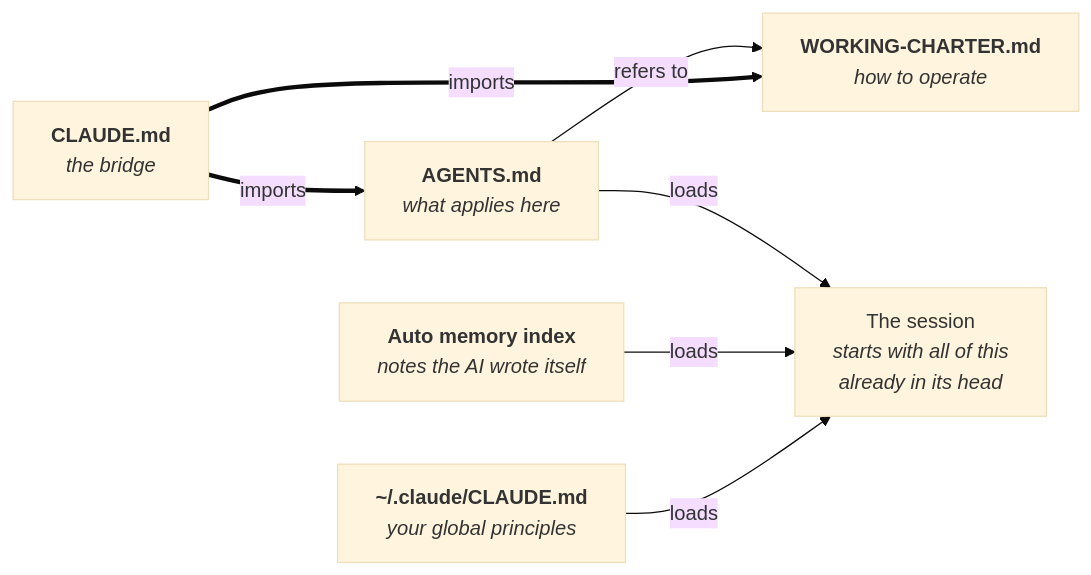
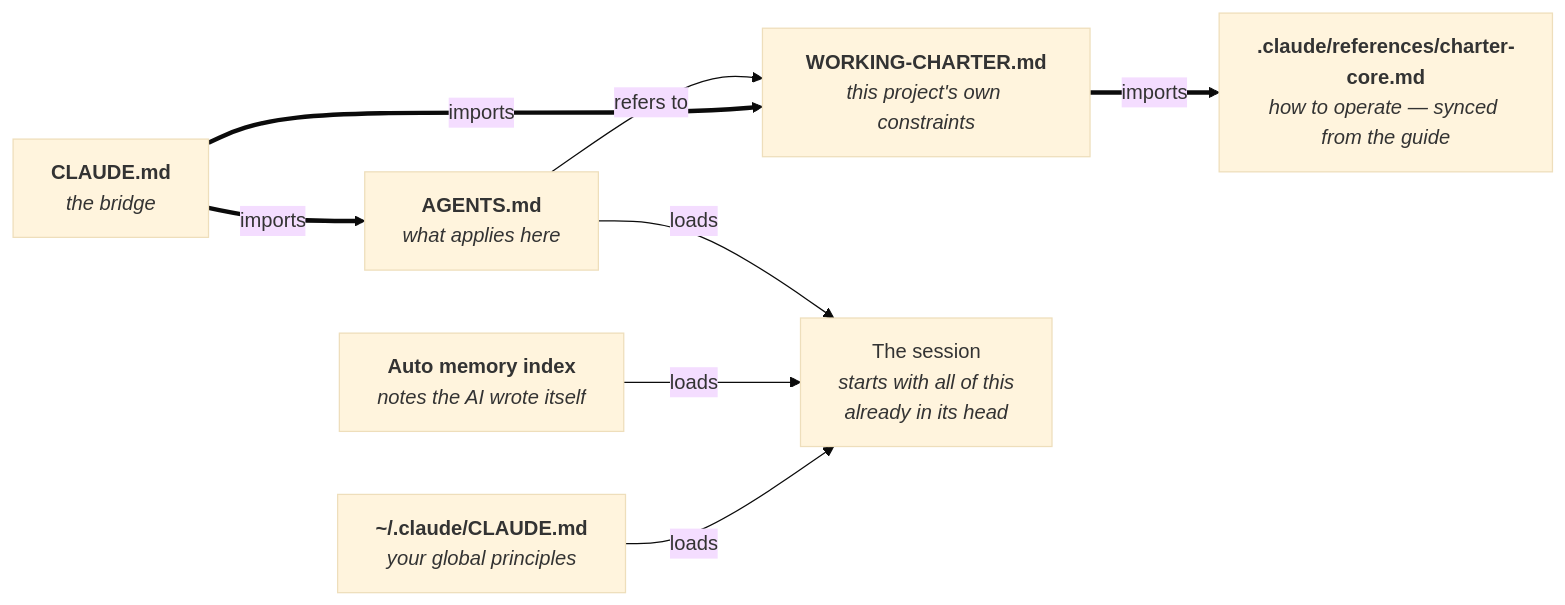
The second of 4 diagrams in SYSTEM-OVERVIEW.md (selawood-web/claude-code-generic-guide), drawn with Mermaid (base theme) before and after one commit. The commit also changed other lines of this file and 12 other files, not shown here.

````diff
--- a/SYSTEM-OVERVIEW.md
+++ b/SYSTEM-OVERVIEW.md
@@ -55,9 +60,10 @@
 ```mermaid
 flowchart LR
     CM["<b>CLAUDE.md</b><br/><i>the bridge</i>"] == "imports" ==> AG["<b>AGENTS.md</b><br/><i>what applies here</i>"]
-    CM == "imports" ==> WC["<b>WORKING-CHARTER.md</b><br/><i>how to operate</i>"]
+    CM == "imports" ==> WC["<b>WORKING-CHARTER.md</b><br/><i>this project's own constraints</i>"]
+    WC == "imports" ==> CC["<b>.claude/references/charter-core.md</b><br/><i>how to operate — synced from the guide</i>"]
     AG -- "refers to" --> WC
     GL["<b>~/.claude/CLAUDE.md</b><br/><i>your global principles</i>"] -- "loads" --> S["The session<br/><i>starts with all of this<br/>already in its head</i>"]
     AM["<b>Auto memory index</b><br/><i>notes the AI wrote itself</i>"] -- "loads" --> S
     AG -- "loads" --> S
 ```
````
